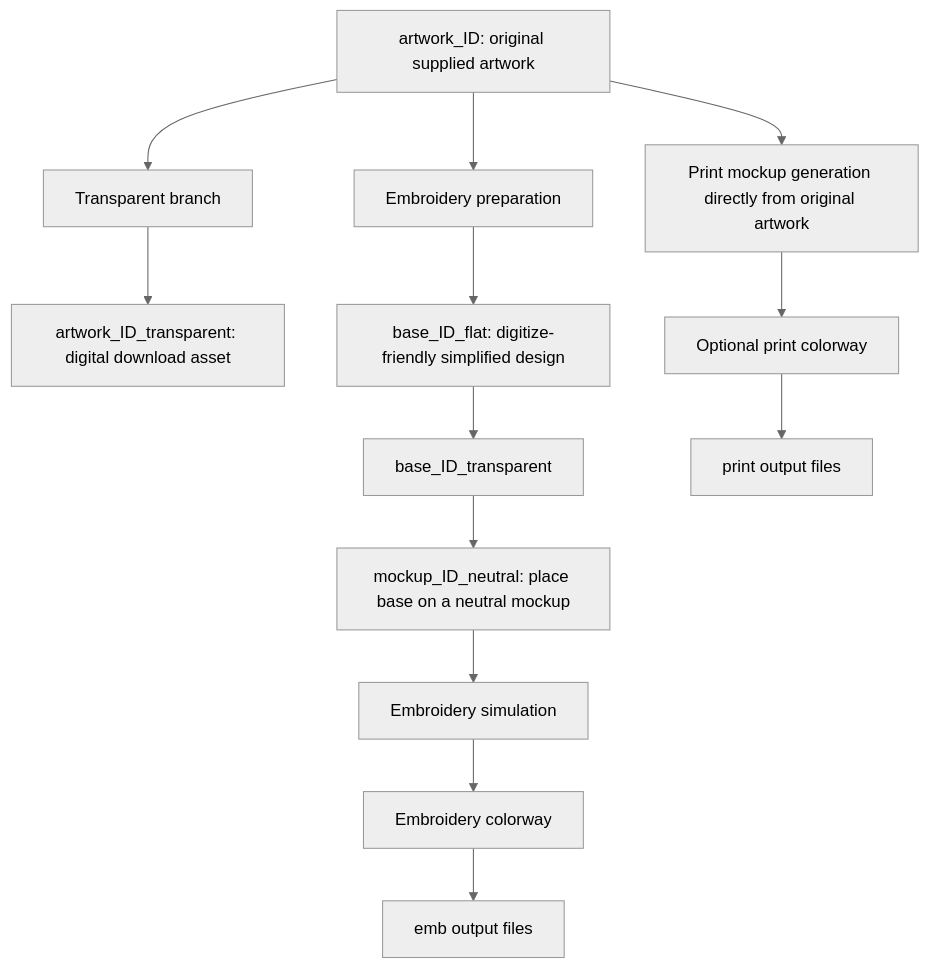
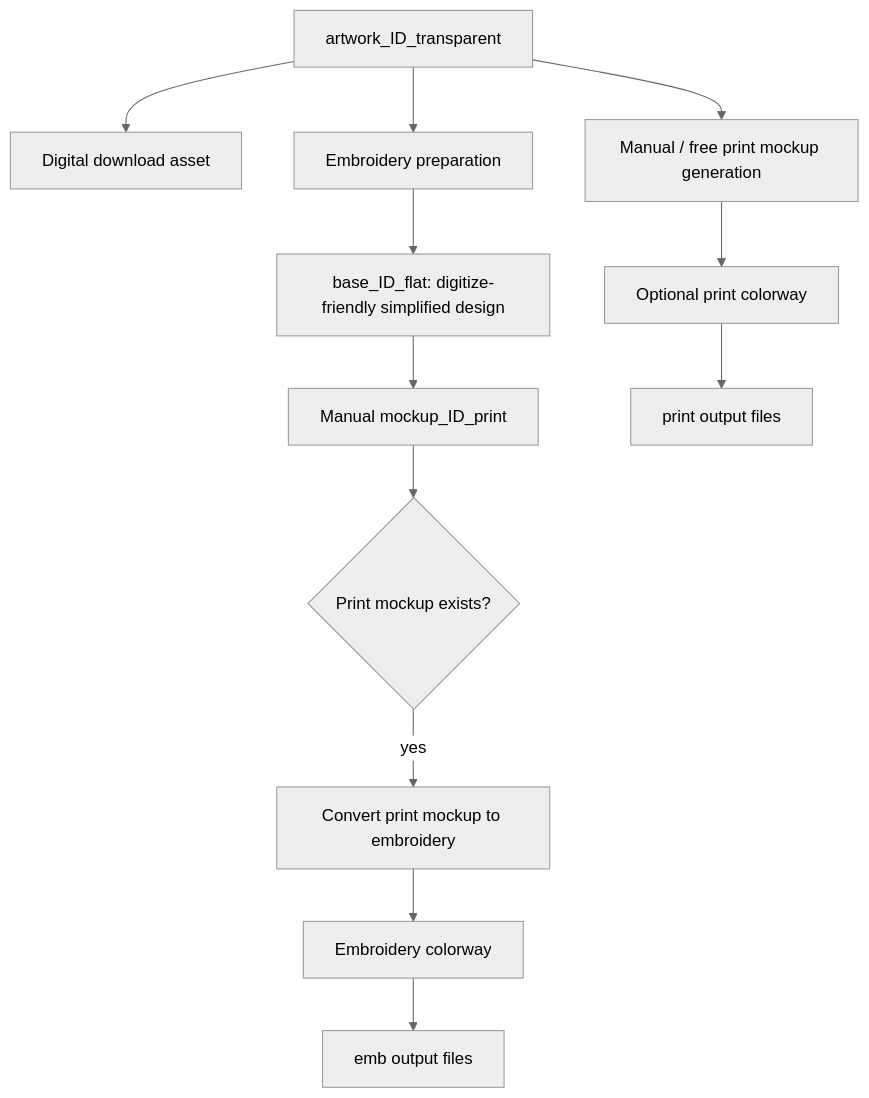
One commit to CountlessSkies/endorphin-workshop changed the first of 2 diagrams in ETSY_WORKFLOW_ARCHITECTURE.md. Above: the diagram before and after it, drawn with Mermaid (neutral theme). The commit also changed other lines of this file and 3 other files, not shown here.

````diff
--- a/ETSY_WORKFLOW_ARCHITECTURE.md
+++ b/ETSY_WORKFLOW_ARCHITECTURE.md
@@ -86,17 +91,16 @@
 ```mermaid
 flowchart TD
-    A[artwork_ID: original supplied artwork] --> B[Transparent branch]
-    B --> C[artwork_ID_transparent: digital download asset]
+    A[artwork_ID_transparent] --> C[Digital download asset]
 
     A --> D[Embroidery preparation]
     D --> E[base_ID_flat: digitize-friendly simplified design]
-    E --> F[base_ID_transparent]
-    F --> G[mockup_ID_neutral: place base on a neutral mockup]
-    G --> H[Embroidery simulation]
+    E --> F[Manual mockup_ID_print]
+    F --> G{Print mockup exists?}
+    G -->|yes| H[Convert print mockup to embroidery]
     H --> I[Embroidery colorway]
     I --> J[emb output files]
 
-    A --> K[Print mockup generation directly from original artwork]
+    A --> K[Manual / free print mockup generation]
     K --> L[Optional print colorway]
     L --> M[print output files]
 ```
````
